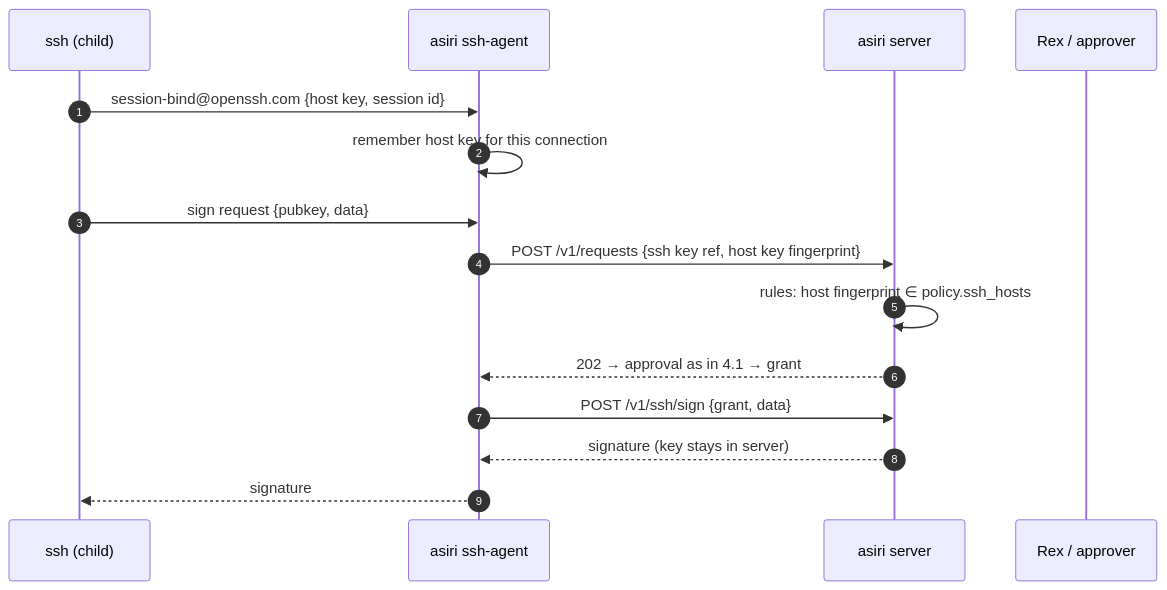
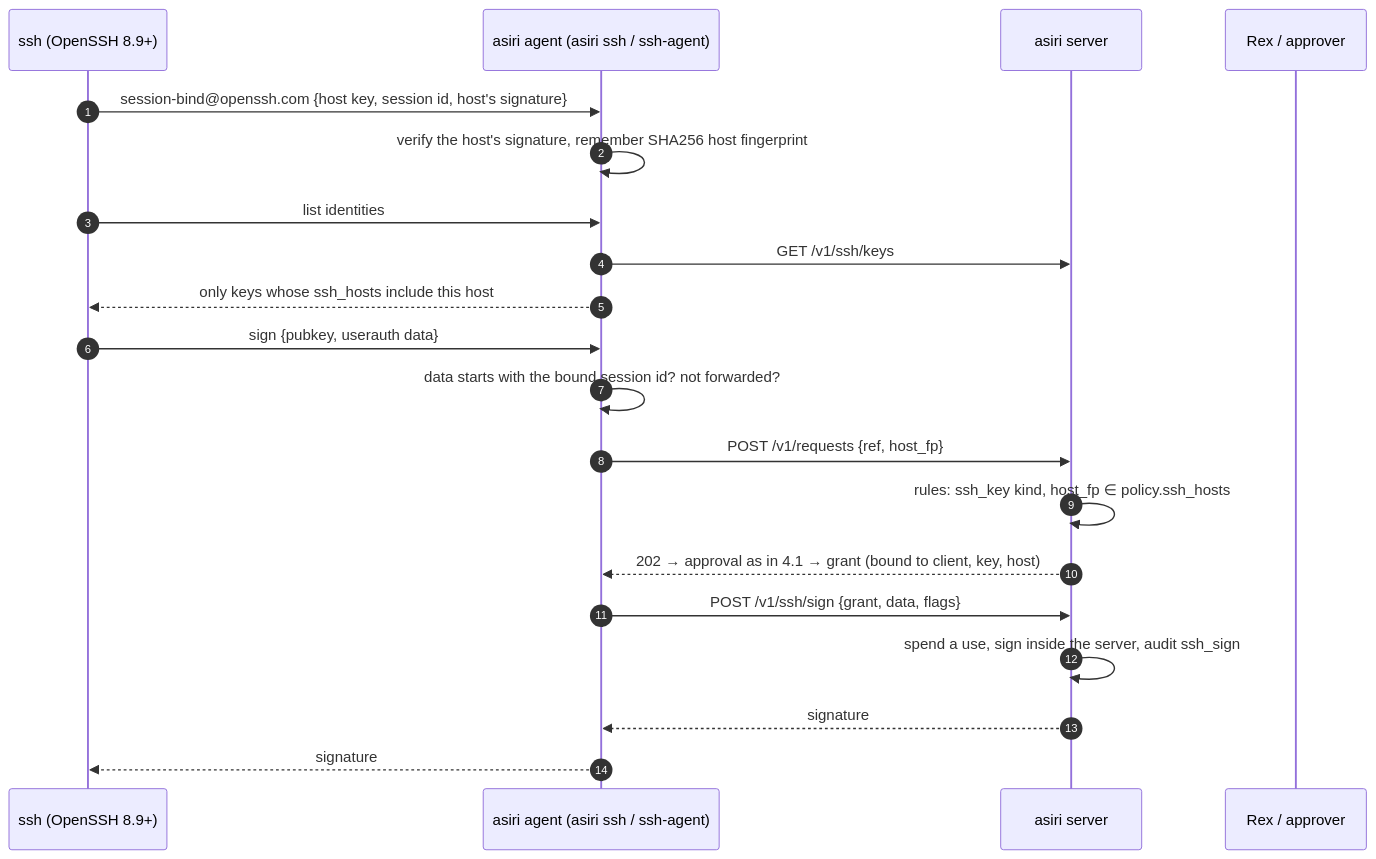
One commit to gingered-cat/asiri changed the third of 11 diagrams in ARCHITECTURE.md. Above: the diagram before and after it, drawn with Mermaid. The commit also changed other lines of this file and 22 other files, not shown here.

Commit message:
feat(ssh): ssh-agent with server-side signing and host-bound keys

````diff
--- a/ARCHITECTURE.md
+++ b/ARCHITECTURE.md
@@ -155,18 +155,23 @@
 ```mermaid
 sequenceDiagram
   autonumber
-  participant Ssh as ssh (child)
-  participant SA as asiri ssh-agent
+  participant Ssh as ssh (OpenSSH 8.9+)
+  participant SA as asiri agent (asiri ssh / ssh-agent)
   participant S as asiri server
   participant R as Rex / approver
 
-  Ssh->>SA: session-bind@openssh.com {host key, session id}
-  SA->>SA: remember host key for this connection
-  Ssh->>SA: sign request {pubkey, data}
-  SA->>S: POST /v1/requests {ssh key ref, host key fingerprint}
-  S->>S: rules: host fingerprint ∈ policy.ssh_hosts
-  S-->>SA: 202 → approval as in 4.1 → grant
-  SA->>S: POST /v1/ssh/sign {grant, data}
-  S-->>SA: signature (key stays in server)
+  Ssh->>SA: session-bind@openssh.com {host key, session id, host's signature}
+  SA->>SA: verify the host's signature, remember SHA256 host fingerprint
+  Ssh->>SA: list identities
+  SA->>S: GET /v1/ssh/keys
+  SA-->>Ssh: only keys whose ssh_hosts include this host
+  Ssh->>SA: sign {pubkey, userauth data}
+  SA->>SA: data starts with the bound session id? not forwarded?
+  SA->>S: POST /v1/requests {ref, host_fp}
+  S->>S: rules: ssh_key kind, host_fp ∈ policy.ssh_hosts
+  S-->>SA: 202 → approval as in 4.1 → grant (bound to client, key, host)
+  SA->>S: POST /v1/ssh/sign {grant, data, flags}
+  S->>S: spend a use, sign inside the server, audit ssh_sign
+  S-->>SA: signature
   SA-->>Ssh: signature
 ```
````
